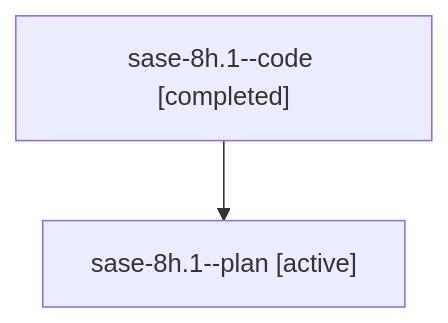
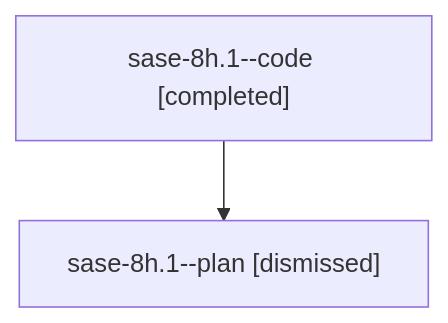
The diagram in sessions/bbugyi200.athena.sase-8h.1.md (sase-org/sase--agents), drawn with Mermaid before and after one commit. The commit also changed other lines of this file and 100 other files, not shown here.

````diff
--- a/sessions/bbugyi200.athena.sase-8h.1.md
+++ b/sessions/bbugyi200.athena.sase-8h.1.md
@@ -9,6 +9,6 @@
 ```mermaid
 flowchart TD
   n0["sase-8h.1--code [completed]"]
-  n1["sase-8h.1--plan [active]"]
+  n1["sase-8h.1--plan [dismissed]"]
   n0 --> n1
 ```
````
